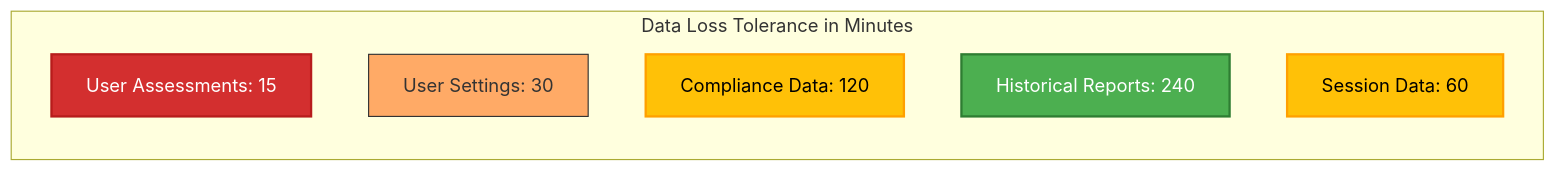
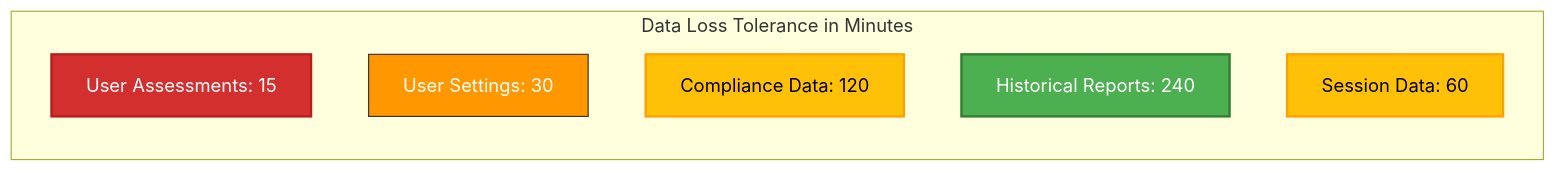
Before and after one commit to Hack23/cia-compliance-manager: diagram 12 of 33 in docs/architecture/BCPPlan.md, drawn with Mermaid. The commit also changed other lines of this file and 18 other files, not shown here.

````diff
--- a/docs/architecture/BCPPlan.md
+++ b/docs/architecture/BCPPlan.md
@@ -518,21 +518,21 @@
 ```mermaid
 graph LR
     subgraph "Data Loss Tolerance in Minutes"
         UA["User Assessments: 15"]
         US["User Settings: 30"]
         CD["Compliance Data: 120"]
         HR["Historical Reports: 240"]
         SD["Session Data: 60"]
     end
 
     classDef critical fill:#D32F2F,stroke:#B71C1C,stroke-width:2px,color:#ffffff
-    classDef high fill:#ffaa66,stroke:#333,stroke-width:1px;
+    classDef high fill:#FF9800,stroke:#F57C00,stroke-width:2px,color:#ffffff,stroke:#333,stroke-width:1px;
     classDef medium fill:#FFC107,stroke:#FFA000,stroke-width:2px,color:#000000
     classDef standard fill:#4CAF50,stroke:#2E7D32,stroke-width:2px,color:#ffffff
     
     class UA critical
     class US high
     class SD medium
     class CD medium
     class HR standard
 ```
````
